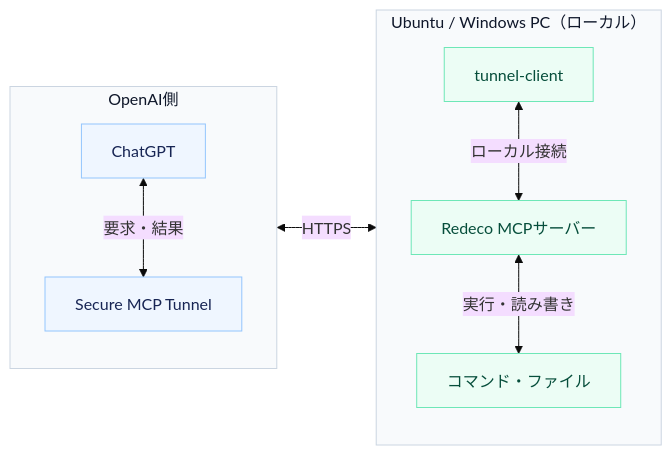
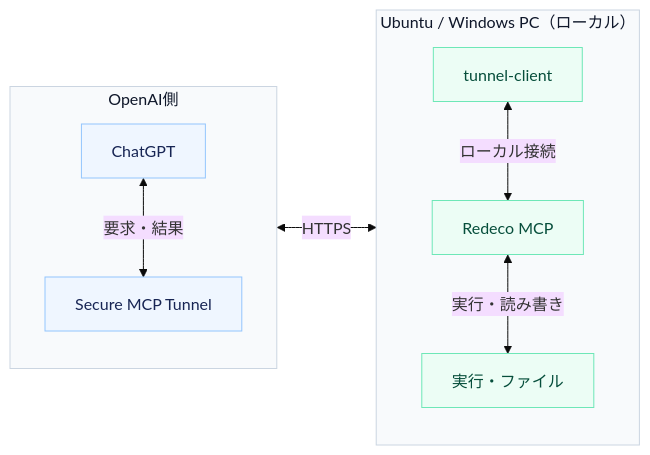
The diagram in README.md (kkoch5t2/redeco), drawn with Mermaid (base theme) before and after one commit.

Commit message:
docs: keep architecture labels readable in compact layout

````diff
--- a/README.md
+++ b/README.md
@@ -55,25 +55,25 @@
 ```mermaid
 flowchart LR
     subgraph cloud["OpenAI側"]
         direction TB
         chat["ChatGPT"]
         tunnel["Secure MCP Tunnel"]
         chat <-->|"要求・結果"| tunnel
     end
     subgraph local["Ubuntu / Windows PC（ローカル）"]
         direction TB
         client["tunnel-client"]
-        mcp["Redeco MCPサーバー"]
-        files["コマンド・ファイル"]
+        mcp["Redeco MCP"]
+        files["実行・ファイル"]
         client <-->|"ローカル接続"| mcp
         mcp <-->|"実行・読み書き"| files
     end
     cloud <-->|"HTTPS"| local
 
     classDef openai fill:#eff6ff,stroke:#93c5fd,color:#172554
     classDef pc fill:#ecfdf5,stroke:#6ee7b7,color:#064e3b
     class chat,tunnel openai
     class client,mcp,files pc
     style cloud fill:#f8fafc,stroke:#cbd5e1,color:#0f172a
     style local fill:#f8fafc,stroke:#cbd5e1,color:#0f172a
 ```
````
